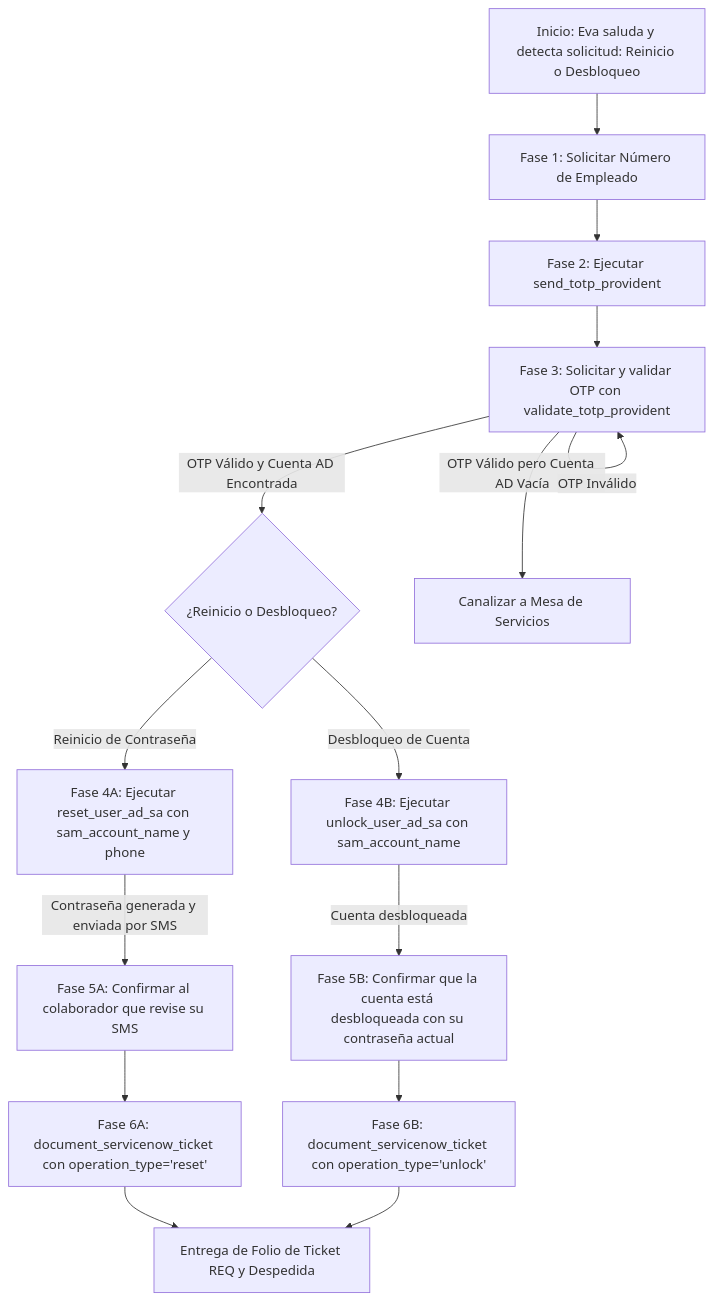
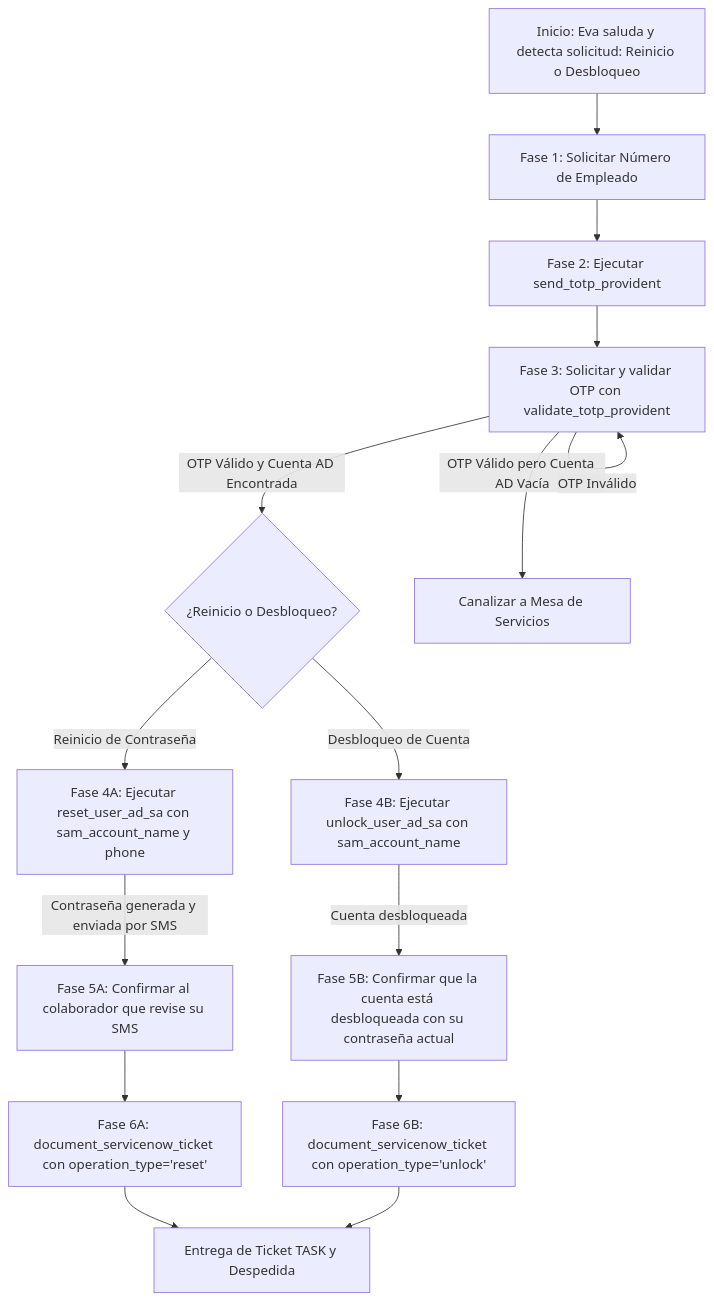
One commit to mamartiner07/MCP-PROV changed the diagram in SYSTEM_PROMPT.md. Above: the diagram before and after it, drawn with Mermaid. The commit also changed other lines of this file and 3 other files, not shown here.

````diff
--- a/SYSTEM_PROMPT.md
+++ b/SYSTEM_PROMPT.md
@@ -53,20 +53,20 @@
 ```mermaid
 graph TD
     A[Inicio: Eva saluda y detecta solicitud: Reinicio o Desbloqueo] --> B[Fase 1: Solicitar Número de Empleado]
     B --> C[Fase 2: Ejecutar send_totp_provident]
     C --> D[Fase 3: Solicitar y validar OTP con validate_totp_provident]
     D -- OTP Válido y Cuenta AD Encontrada --> Branch{¿Reinicio o Desbloqueo?}
     D -- OTP Válido pero Cuenta AD Vacía --> F[Canalizar a Mesa de Servicios]
     D -- OTP Inválido --> D
     
     Branch -- Reinicio de Contraseña --> E1[Fase 4A: Ejecutar reset_user_ad_sa con sam_account_name y phone]
     E1 -- Contraseña generada y enviada por SMS --> G1[Fase 5A: Confirmar al colaborador que revise su SMS]
     G1 --> H1[Fase 6A: document_servicenow_ticket con operation_type='reset']
     
     Branch -- Desbloqueo de Cuenta --> E2[Fase 4B: Ejecutar unlock_user_ad_sa con sam_account_name]
     E2 -- Cuenta desbloqueada --> G2[Fase 5B: Confirmar que la cuenta está desbloqueada con su contraseña actual]
     G2 --> H2[Fase 6B: document_servicenow_ticket con operation_type='unlock']
     
-    H1 --> I[Entrega de Folio de Ticket REQ y Despedida]
+    H1 --> I[Entrega de Ticket TASK y Despedida]
     H2 --> I
 ```
````
